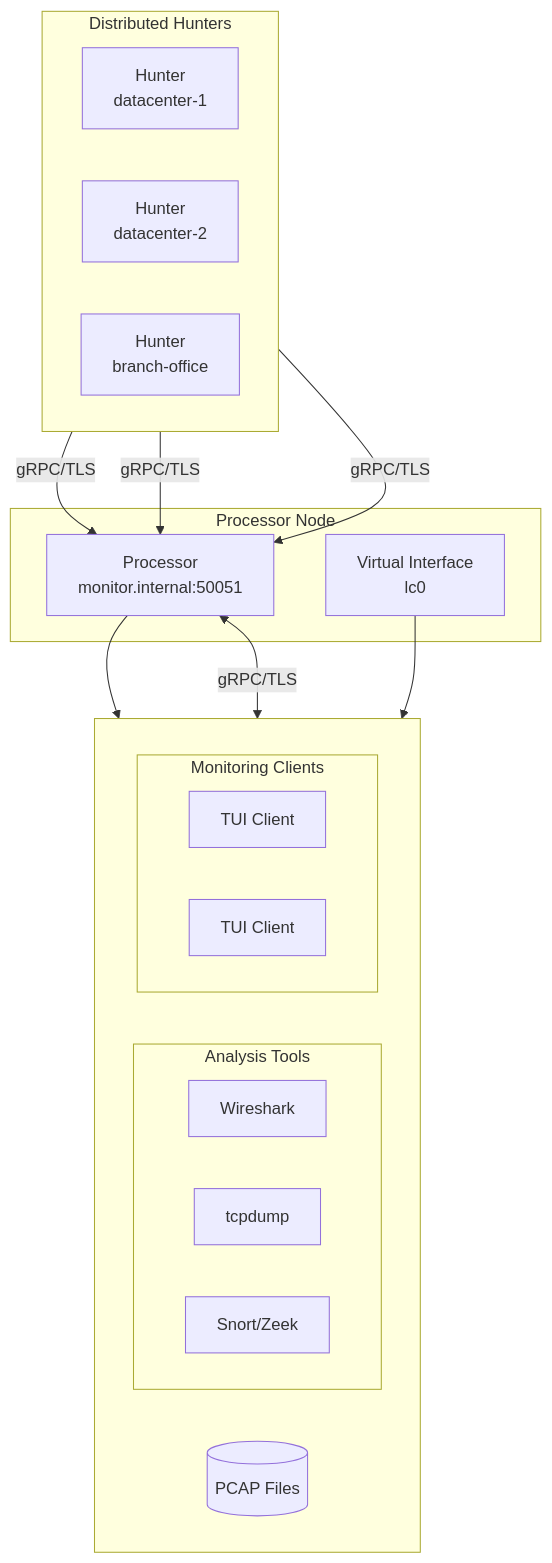
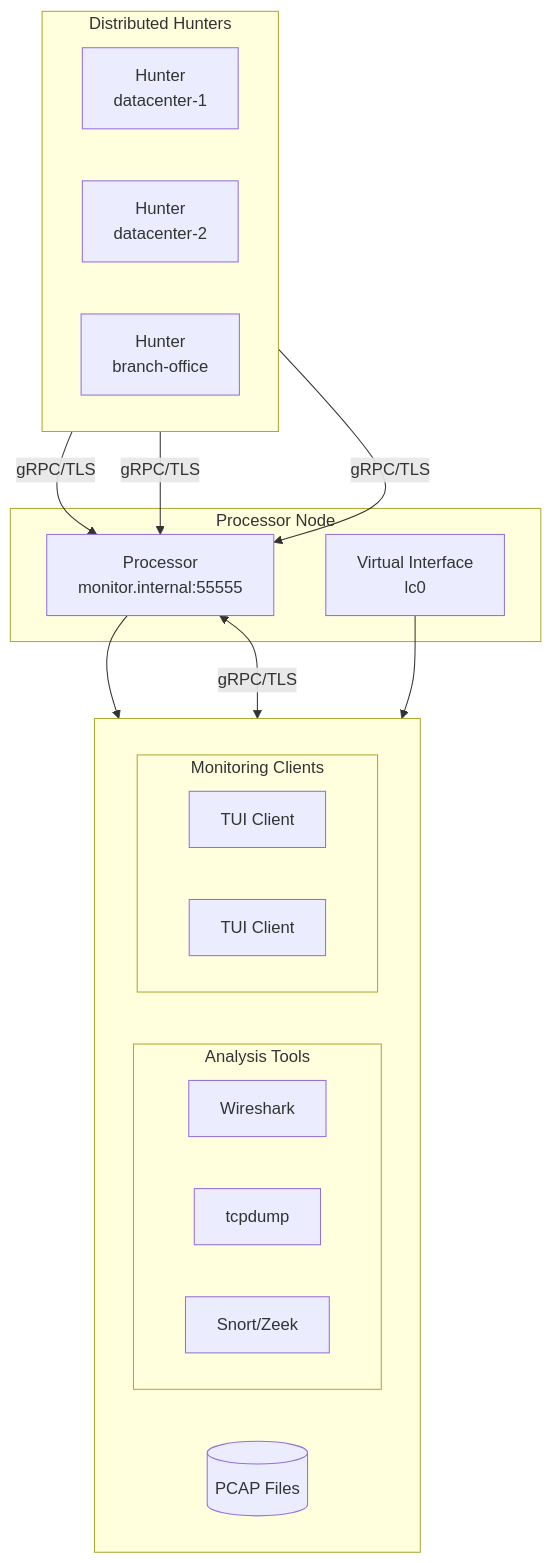
One commit to endorses/lippycat changed the diagram in README.md. Above: the diagram before and after it, drawn with Mermaid. The commit also changed other lines of this file and 94 other files, not shown here.

````diff
--- a/README.md
+++ b/README.md
@@ -263,39 +263,39 @@
 ```mermaid
 flowchart TB
     subgraph Edge["Distributed Hunters"]
         direction LR
         H1[Hunter<br/>datacenter-1]
         H2[Hunter<br/>datacenter-2]
         H3[Hunter<br/>branch-office]
     end
 
     subgraph Processor["Processor Node"]
-        P[Processor<br/>monitor.internal:50051]
+        P[Processor<br/>monitor.internal:55555]
         VIRT[Virtual Interface<br/>lc0]
     end
 
     subgraph Outputs[" "]
         direction LR
         subgraph Tools["Analysis Tools"]
             direction LR
             WS[Wireshark]
             TD[tcpdump]
             SNORT[Snort/Zeek]
         end
 
         PCAP[(PCAP Files)]
 
         subgraph Clients["Monitoring Clients"]
             direction LR
             TUI1[TUI Client]
             TUI2[TUI Client]
         end
     end
 
     H1 -->|gRPC/TLS| P
     H2 -->|gRPC/TLS| P
     H3 -->|gRPC/TLS| P
     VIRT --> Tools
     P --> PCAP
     P <-->|gRPC/TLS| Clients
 ```
````
